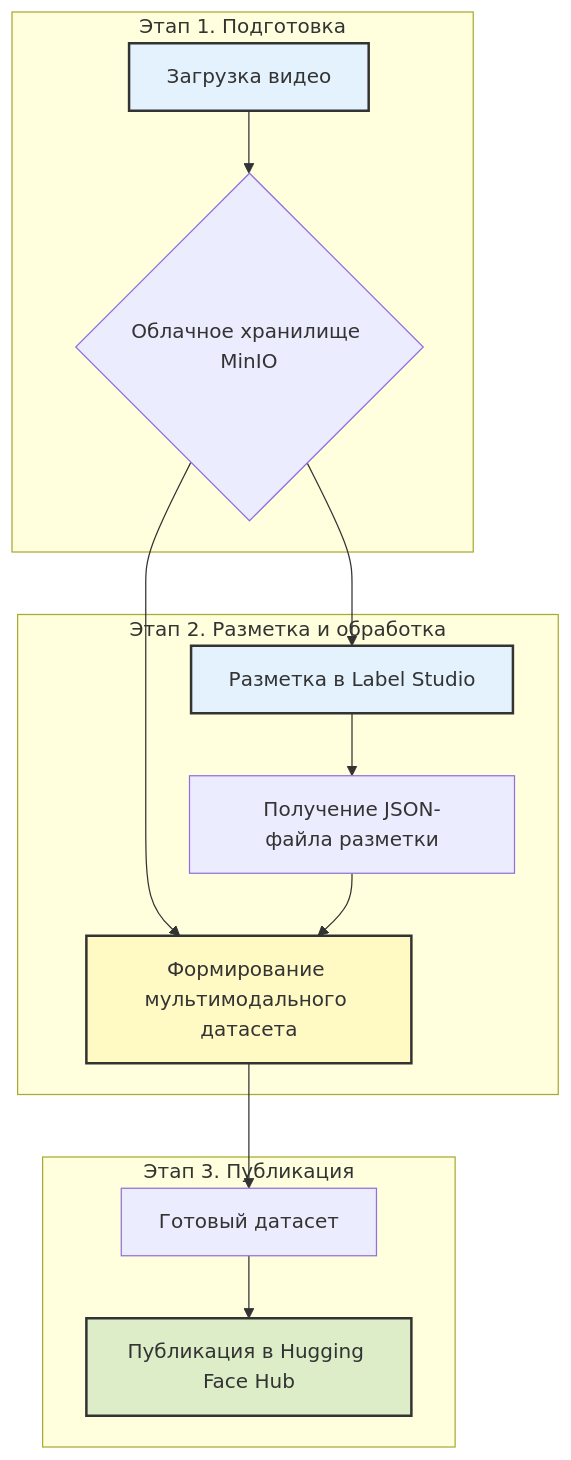
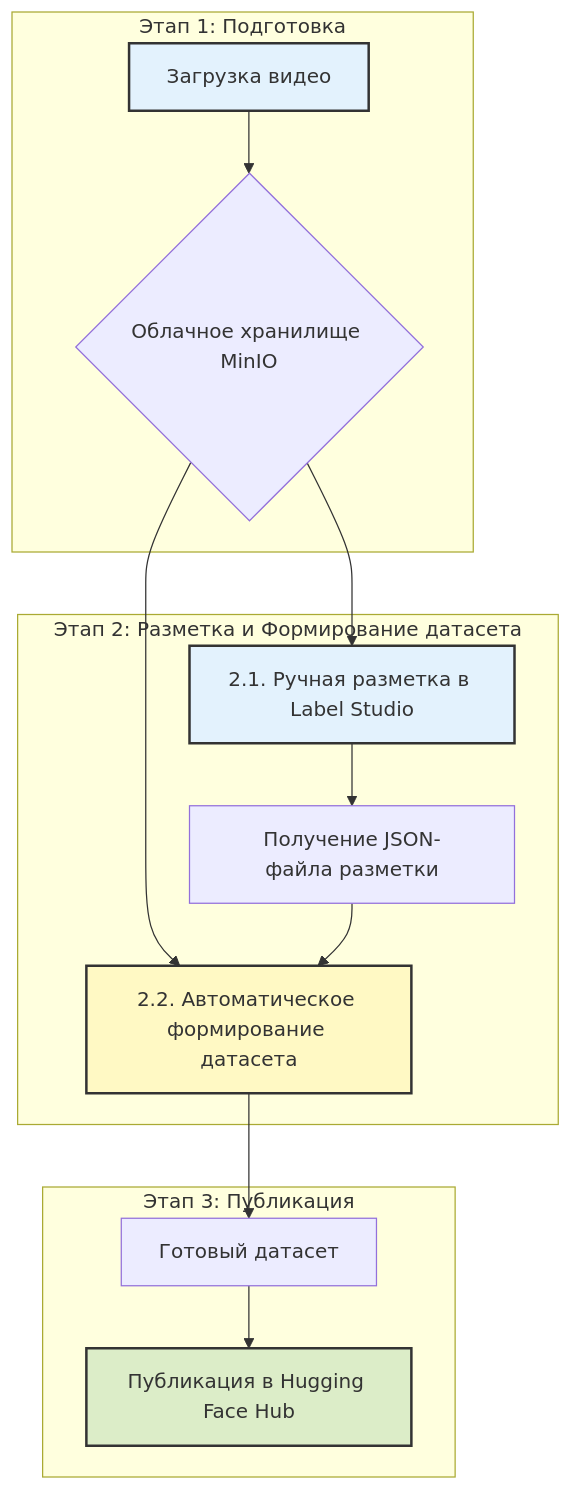
The diagram in readme.md (BosenkoTM/ppi_mgpu), drawn with Mermaid before and after one commit. The commit also changed other lines of this file, not shown here.

````diff
--- a/readme.md
+++ b/readme.md
@@ -13,22 +13,22 @@
 ```mermaid
 graph TD
-    subgraph Этап 1. Подготовка
+    subgraph Этап 1: Подготовка
         A[Загрузка видео] --> B{Облачное хранилище MinIO};
     end
 
-    subgraph Этап 2. Разметка и обработка
-        B --> C[Разметка в Label Studio];
+    subgraph Этап 2: Разметка и Формирование датасета
+        B --> C[2.1. Ручная разметка в Label Studio];
         C --> D[Получение JSON-файла разметки];
-        B & D --> E[Формирование мультимодального датасета];
+        B & D --> E[2.2. Автоматическое формирование датасета];
     end
 
-    subgraph Этап 3. Публикация
+    subgraph Этап 3: Публикация
         E --> F[Готовый датасет];
         F --> G[Публикация в Hugging Face Hub];
     end
 
     style A fill:#e3f2fd,stroke:#333,stroke-width:2px
     style C fill:#e3f2fd,stroke:#333,stroke-width:2px
     style E fill:#fff9c4,stroke:#333,stroke-width:2px
     style G fill:#dcedc8,stroke:#333,stroke-width:2px
 ```
````
